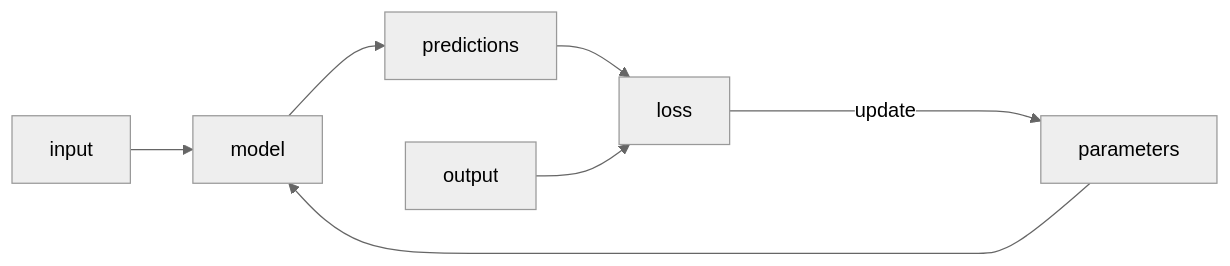
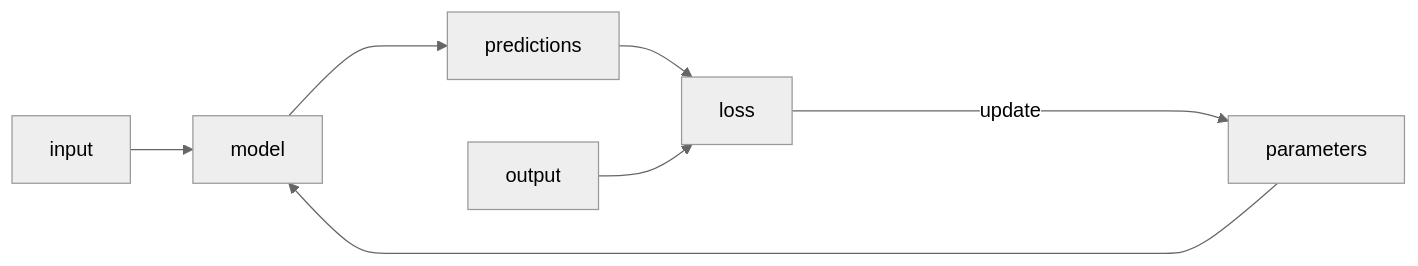
One commit to nicoladerric/nicoladerric.github.io changed the third of 3 diagrams in _posts/2023-08-16-rivoluzione.md. Above: the diagram before and after it, drawn with Mermaid (neutral theme).

````diff
--- a/_posts/2023-08-16-rivoluzione.md
+++ b/_posts/2023-08-16-rivoluzione.md
@@ -31,9 +31,9 @@
 ```mermaid
 flowchart LR;
     input --> model;
     parameters --> model;
-    model --> predictions;
+    model ---> predictions;
     predictions --> loss;
     output --> loss;
-    loss -----> |update|parameters;
+    loss -------> |update|parameters;
 ```
````
